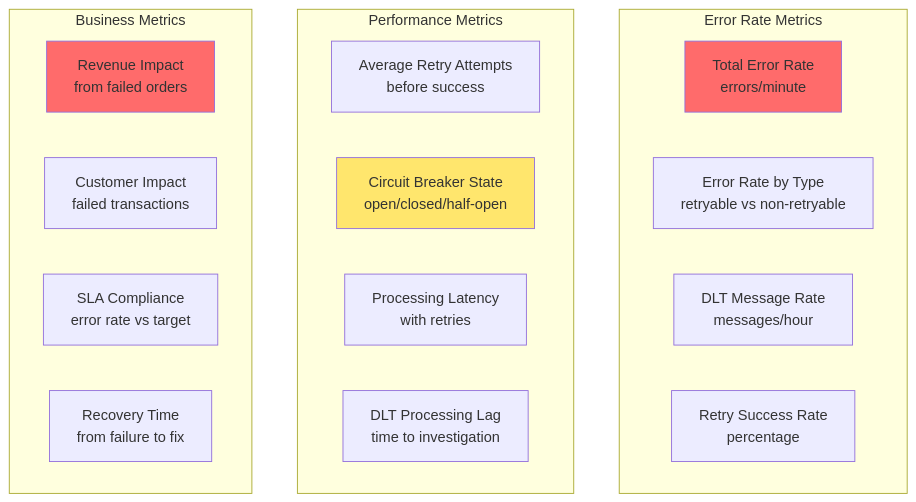
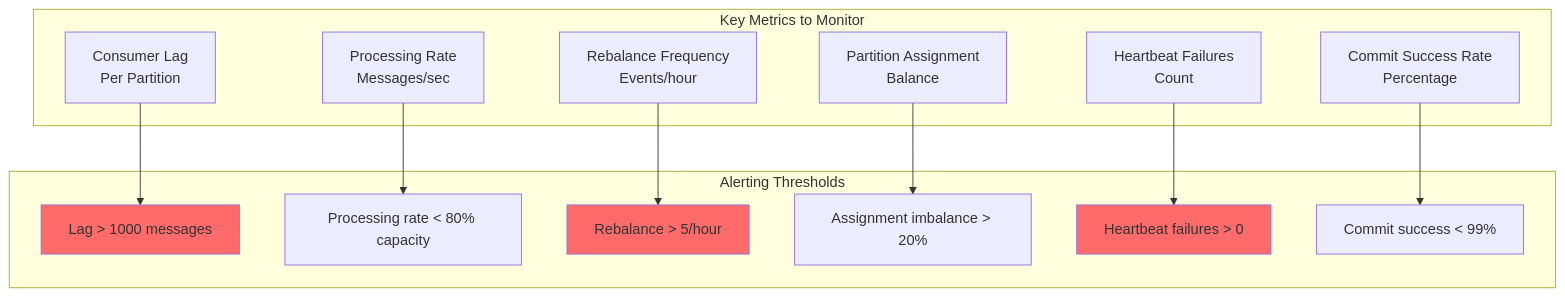
Before and after one commit to vorrawut/KafkaStarter: the seventh of 7 diagrams in class/workshop/lesson_8/README.md, drawn with Mermaid. The commit also changed other lines of this file and 204 other files, not shown here.

````diff
--- a/class/workshop/lesson_8/README.md
+++ b/class/workshop/lesson_8/README.md
@@ -357,27 +331,31 @@
 ```mermaid
 graph TB
-    subgraph "Error Rate Metrics"
-        ER1[Total Error Rate<br/>errors/minute]
-        ER2[Error Rate by Type<br/>retryable vs non-retryable]
-        ER3[DLT Message Rate<br/>messages/hour]
-        ER4[Retry Success Rate<br/>percentage]
+    subgraph "Key Metrics to Monitor"
+        M1[Consumer Lag<br/>Per Partition]
+        M2[Processing Rate<br/>Messages/sec]
+        M3[Rebalance Frequency<br/>Events/hour]
+        M4[Partition Assignment<br/>Balance]
+        M5[Heartbeat Failures<br/>Count]
+        M6[Commit Success Rate<br/>Percentage]
     end
     
-    subgraph "Performance Metrics"
-        PM1[Average Retry Attempts<br/>before success]
-        PM2[Circuit Breaker State<br/>open/closed/half-open]
-        PM3[Processing Latency<br/>with retries]
-        PM4[DLT Processing Lag<br/>time to investigation]
+    subgraph "Alerting Thresholds"
+        A1[Lag > 1000 messages]
+        A2[Processing rate < 80% capacity]
+        A3[Rebalance > 5/hour]
+        A4[Assignment imbalance > 20%]
+        A5[Heartbeat failures > 0]
+        A6[Commit success < 99%]
     end
     
-    subgraph "Business Metrics"
-        BM1[Revenue Impact<br/>from failed orders]
-        BM2[Customer Impact<br/>failed transactions]
-        BM3[SLA Compliance<br/>error rate vs target]
-        BM4[Recovery Time<br/>from failure to fix]
-    end
+    M1 --> A1
+    M2 --> A2
+    M3 --> A3
+    M4 --> A4
+    M5 --> A5
+    M6 --> A6
     
-    style ER1 fill:#ff6b6b
-    style PM2 fill:#ffe66d
-    style BM1 fill:#ff6b6b
+    style A1 fill:#ff6b6b
+    style A3 fill:#ff6b6b
+    style A5 fill:#ff6b6b
 ```
````
